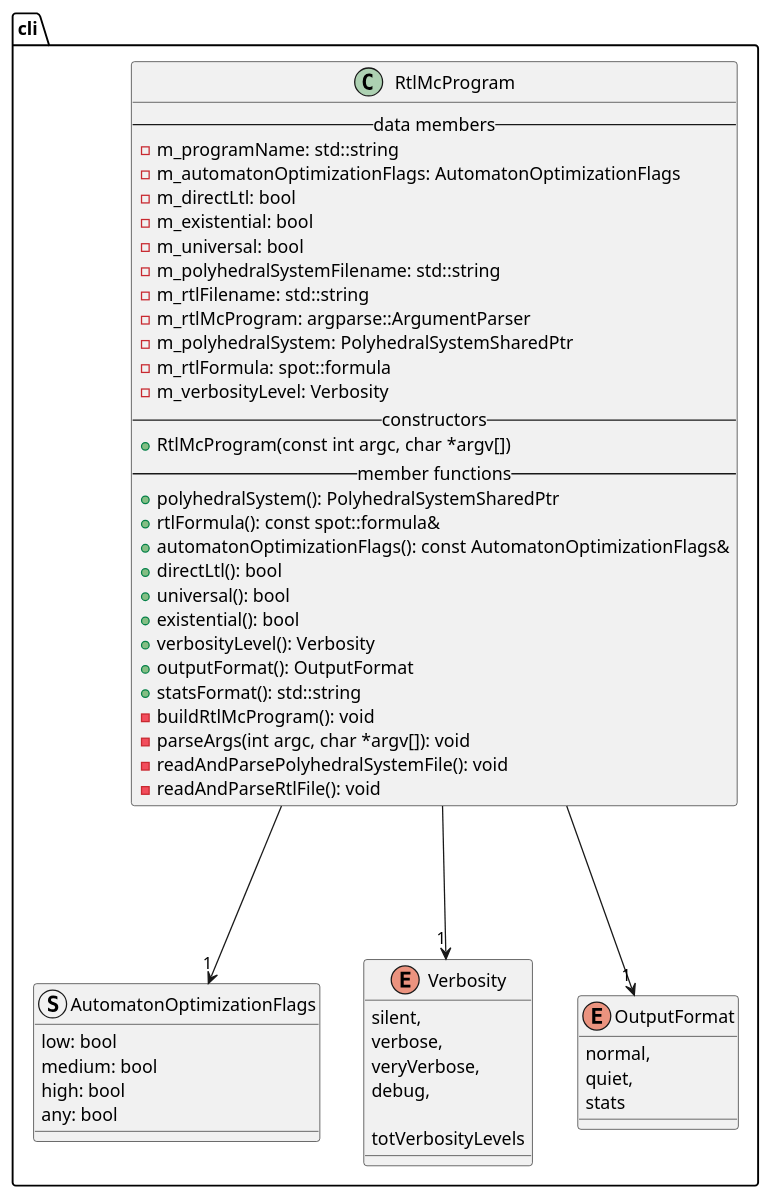
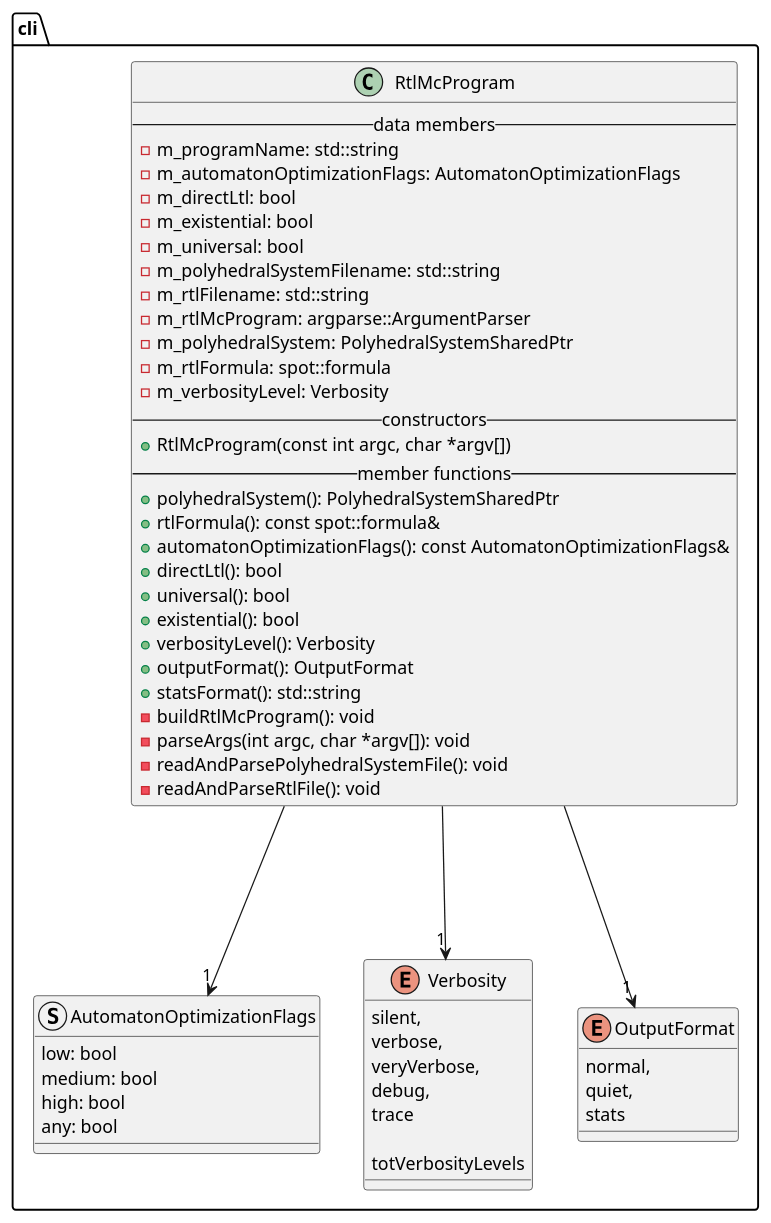
One commit to vtramo/rtl-mc changed the diagram in docs/plantuml/cli.puml. Above: the diagram before and after it, drawn with PlantUML. The commit also changed 10 other files, not shown here.

```diff
--- a/docs/plantuml/cli.puml
+++ b/docs/plantuml/cli.puml
@@ -1,62 +1,63 @@
 @startuml
 
 package cli {
     class RtlMcProgram {
         --data members--
         -m_programName: std::string
         -m_automatonOptimizationFlags: AutomatonOptimizationFlags
         -m_directLtl: bool
         -m_existential: bool
         -m_universal: bool
         -m_polyhedralSystemFilename: std::string
         -m_rtlFilename: std::string
         -m_rtlMcProgram: argparse::ArgumentParser
         -m_polyhedralSystem: PolyhedralSystemSharedPtr
         -m_rtlFormula: spot::formula
         -m_verbosityLevel: Verbosity
         --constructors--
         +RtlMcProgram(const int argc, char *argv[])
         --member functions--
         +polyhedralSystem(): PolyhedralSystemSharedPtr
         +rtlFormula(): const spot::formula&
         +automatonOptimizationFlags(): const AutomatonOptimizationFlags&
         +directLtl(): bool
         +universal(): bool
         +existential(): bool
         +verbosityLevel(): Verbosity
         +outputFormat(): OutputFormat
         +statsFormat(): std::string
         -buildRtlMcProgram(): void
         -parseArgs(int argc, char *argv[]): void
         -readAndParsePolyhedralSystemFile(): void
         -readAndParseRtlFile(): void
     }
 
     struct AutomatonOptimizationFlags {
         low: bool
         medium: bool
         high: bool
         any: bool
     }
 
     enum Verbosity {
         silent,
         verbose,
         veryVerbose,
         debug,
+        trace
 
         totVerbosityLevels
     }
 
     enum OutputFormat {
         normal,
         quiet,
         stats
     }
 }
 
 RtlMcProgram ---> "1" AutomatonOptimizationFlags
 RtlMcProgram ---> "1" Verbosity
 RtlMcProgram ---> "1" OutputFormat
 
 @enduml
```
